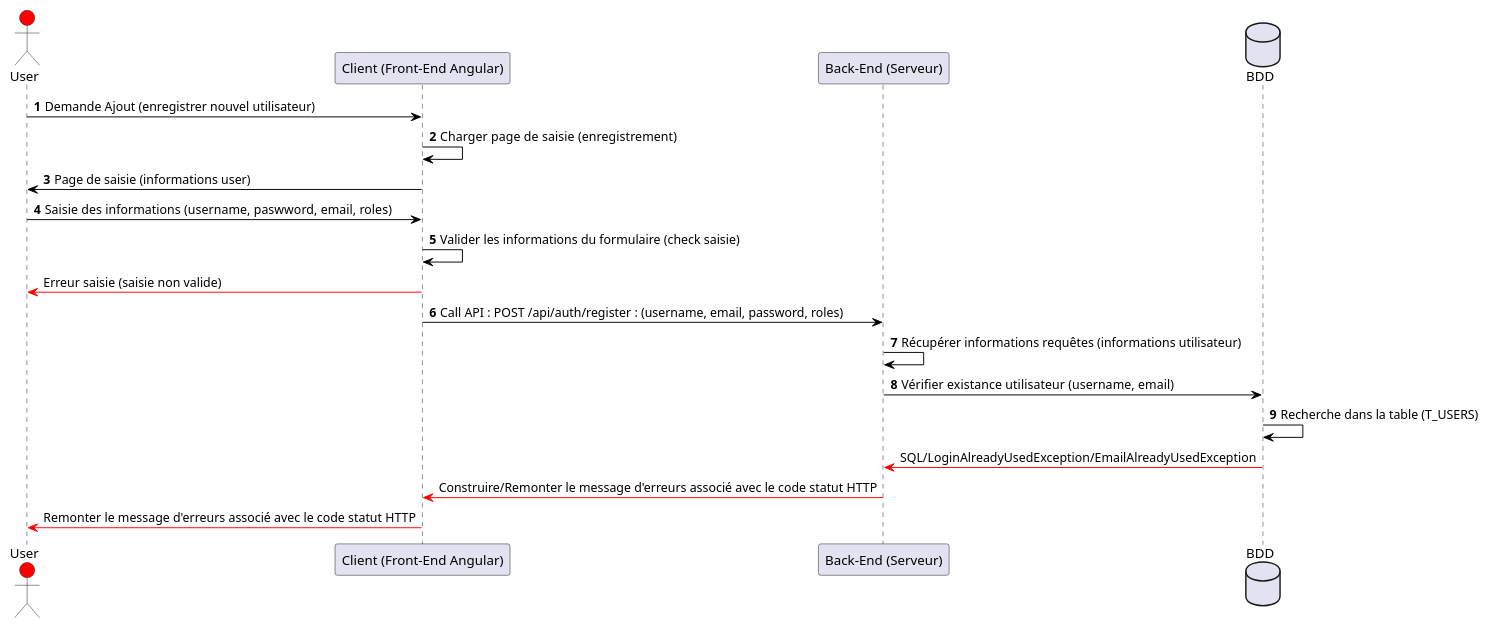
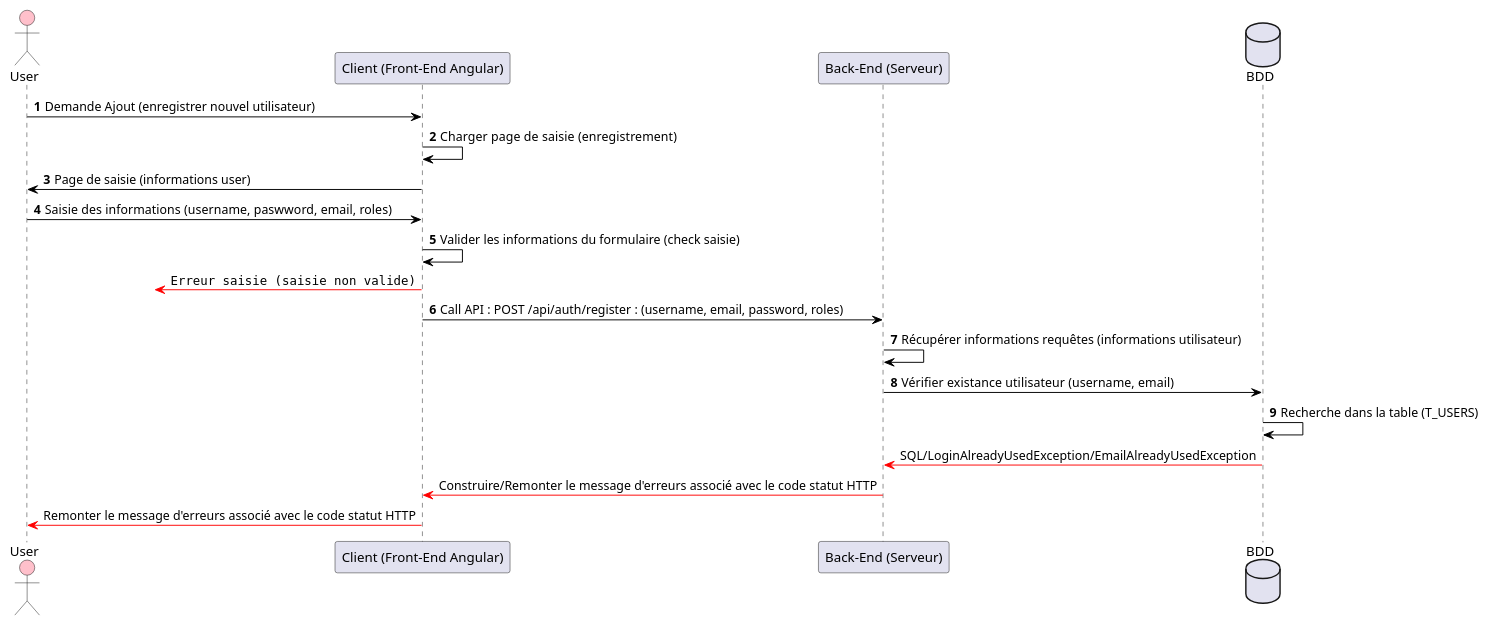
Before and after one commit to Corey-Peyton/jwt-auth-web-api-sandbox: the first of 2 diagrams in README.md, drawn with PlantUML.

Commit message:
plantUML

````diff
--- a/README.md
+++ b/README.md
@@ -104,30 +104,39 @@
 ```plantuml
 @startuml
 ' Déclaration des participants
-actor User #red 
+actor User #Pink
 participant "Client (Front-End Angular)" as A
 participant "Back-End (Serveur)" as S
 database BDD as B
 
 ' Déclaration des enchainements de séquences de traitements
 autonumber
 User -[#black]> A : Demande Ajout (enregistrer nouvel utilisateur)
 A -[#black]> A : Charger page de saisie  (enregistrement)
 A -[#black]> User : Page de saisie (informations user)
 User -[#black]> A : Saisie des informations  (username, paswword, email, roles)
 A -[#black]> A : Valider les informations du formulaire (check saisie)
 autonumber stop
-A -[#red]> User  : Erreur saisie (saisie non valide)
+' A -[#red]> User  : Erreur saisie (saisie non valide)
+
+' Outgoing 
+' Outgoing version courte bidirectionnelle
+'?<-[#red]> A : ""Erreur saisie (saisie non valide)""
+' Outgoing version courte unidirectionnelle
+?<[#red]- A : ""Erreur saisie (saisie non valide)""
+' Outgoing version longue
+'[<[#red]- A : ""[Erreur saisie (saisie non valide)""
 
 autonumber 6
 A -[#black]> S : Call API : POST /api/auth/register : (username, email, password, roles)
 S -[#black]> S : Récupérer informations requêtes (informations utilisateur)
 S -[#black]> B : Vérifier existance utilisateur (username,  email)
 B -[#black]> B : Recherche dans la table (T_USERS)
 autonumber stop
 
+
 B -[#red]> S : SQL/LoginAlreadyUsedException/EmailAlreadyUsedException
 S -[#red]> A : Construire/Remonter le message d'erreurs associé avec le code statut HTTP
 A -[#red]> User : Remonter le message d'erreurs associé avec le code statut HTTP
 @enduml
 ``` 
````
